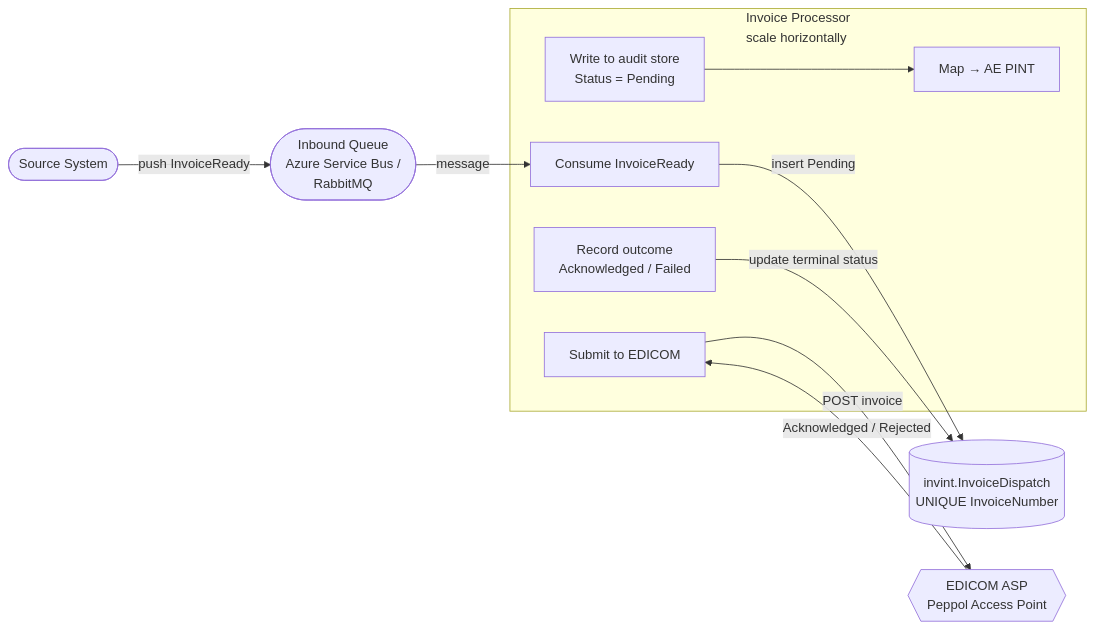
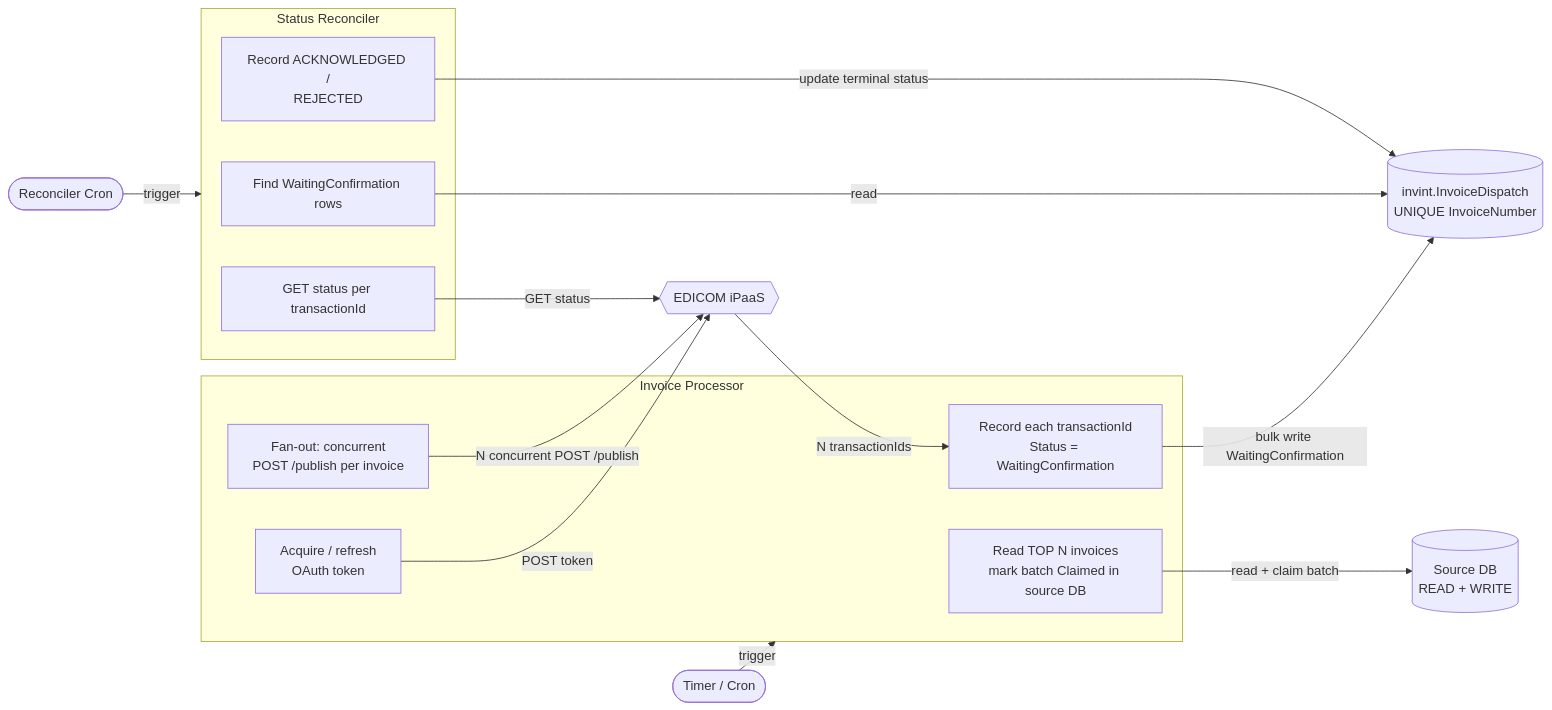
One commit to ctorresunimag95/Designs changed the fourth of 5 diagrams in InvoiceIntegrator/ARCHITECTURE-OPTIONS.md. Above: the diagram before and after it, drawn with Mermaid. The commit also changed other lines of this file and 1 other file, not shown here.

````diff
--- a/InvoiceIntegrator/ARCHITECTURE-OPTIONS.md
+++ b/InvoiceIntegrator/ARCHITECTURE-OPTIONS.md
@@ -124,24 +187,33 @@
 ```mermaid
 flowchart LR
-    Source([Source System])
+    Sched([Timer / Cron])
+    StatusSched([Reconciler Cron])
 
-    subgraph Processor[Invoice Processor\nscale horizontally]
-        Consume[Consume InvoiceReady]
-        Store[Write to audit store\nStatus = Pending]
-        Transform[Map → AE PINT]
-        Submit[Submit to EDICOM]
-        Record[Record outcome\nAcknowledged / Failed]
+    subgraph Processor[Invoice Processor]
+        Poll[Read TOP N invoices\nmark batch Claimed in source DB]
+        Token[Acquire / refresh\nOAuth token]
+        Fan[Fan-out: concurrent\nPOST /publish per invoice]
+        RecordBatch[Record each transactionId\nStatus = WaitingConfirmation]
     end
 
-    Inbound([Inbound Queue\nAzure Service Bus /\nRabbitMQ])
+    subgraph Reconciler[Status Reconciler]
+        FindPending[Find WaitingConfirmation rows]
+        PollStatus[GET status per transactionId]
+        RecordFinal[Record ACKNOWLEDGED /\nREJECTED]
+    end
+
+    Source[(Source DB\nREAD + WRITE)]
     Track[(invint.InvoiceDispatch\nUNIQUE InvoiceNumber)]
-    Edicom{{EDICOM ASP\nPeppol Access Point}}
+    Edicom{{EDICOM iPaaS}}
 
-    Source -- push InvoiceReady --> Inbound
-    Inbound -- message --> Consume
-    Consume -- insert Pending --> Track
-    Store --> Transform
-    Submit -- POST invoice --> Edicom
-    Edicom -- Acknowledged / Rejected --> Submit
-    Record -- update terminal status --> Track
+    Sched -- trigger --> Processor
+    Poll -- read + claim batch --> Source
+    Token -- POST token --> Edicom
+    Fan -- N concurrent POST /publish --> Edicom
+    Edicom -- N transactionIds --> RecordBatch
+    RecordBatch -- bulk write WaitingConfirmation --> Track
+    StatusSched -- trigger --> Reconciler
+    FindPending -- read --> Track
+    PollStatus -- GET status --> Edicom
+    RecordFinal -- update terminal status --> Track
 ```
````
